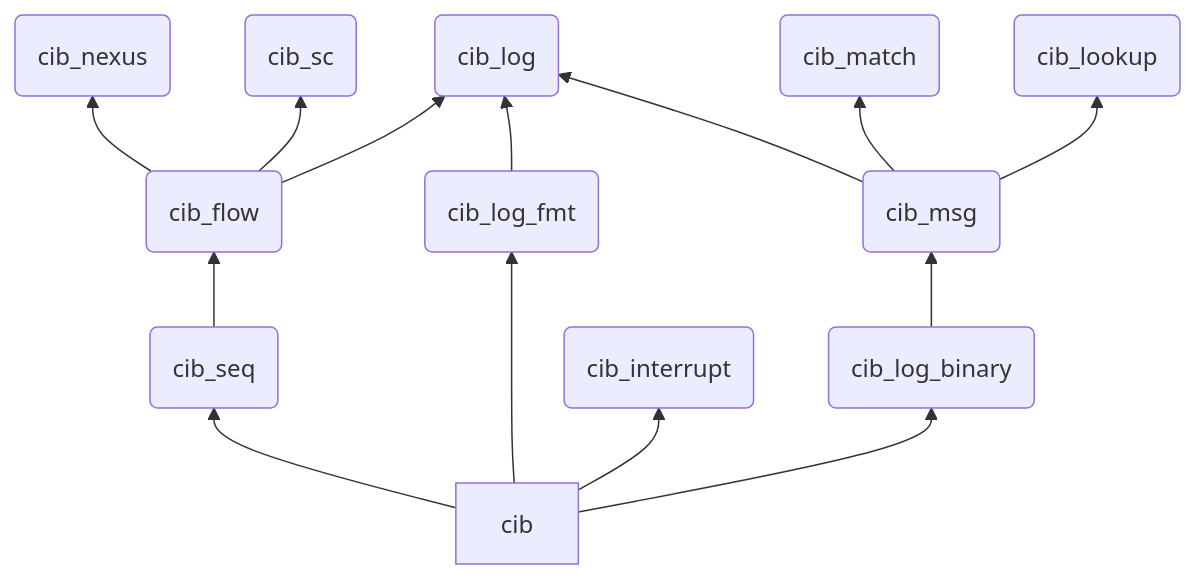
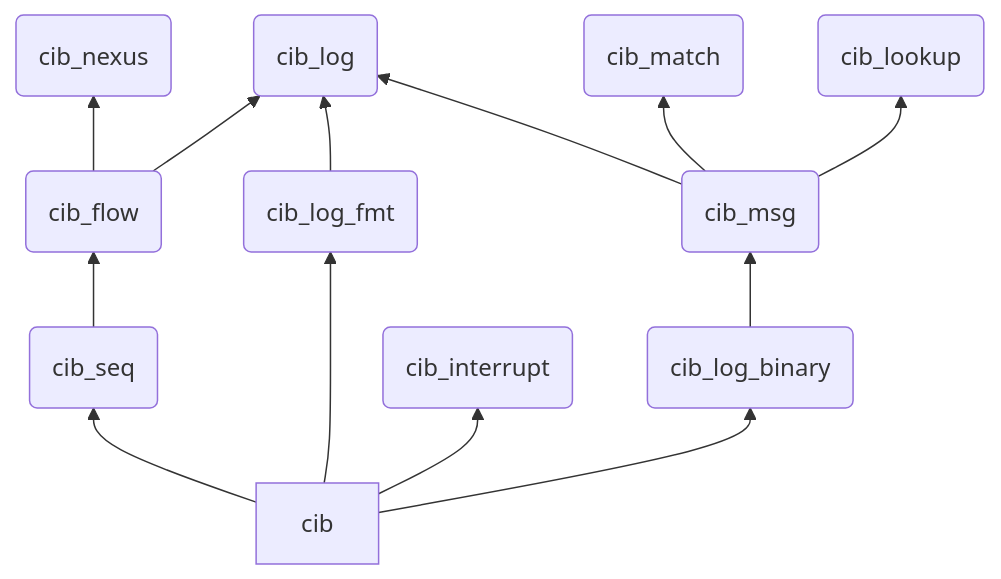
One commit to intel/compile-time-init-build changed the diagram in docs/intro.adoc. Above: the diagram before and after it, drawn with Mermaid. The commit also changed other lines of this file and 3 other files, not shown here.

```diff
--- a/docs/intro.adoc
+++ b/docs/intro.adoc
@@ -57,23 +56,21 @@
 [mermaid, format="svg"]
 ----
 flowchart BT
   nexus(cib_nexus)
-  sc(cib_sc)
   log(cib_log)
   match(cib_match)
   lookup(cib_lookup)
 
   flow(cib_flow) --> nexus
-  flow --> sc
   flow --> log
 
   log_fmt(cib_log_fmt) --> log
   msg(cib_msg) --> log & match
   msg --> lookup
 
   log_binary(cib_log_binary) --> msg
   seq(cib_seq) --> flow
 
   interrupt(cib_interrupt)
   cib --> seq & log_fmt & log_binary & interrupt
 ----
```
